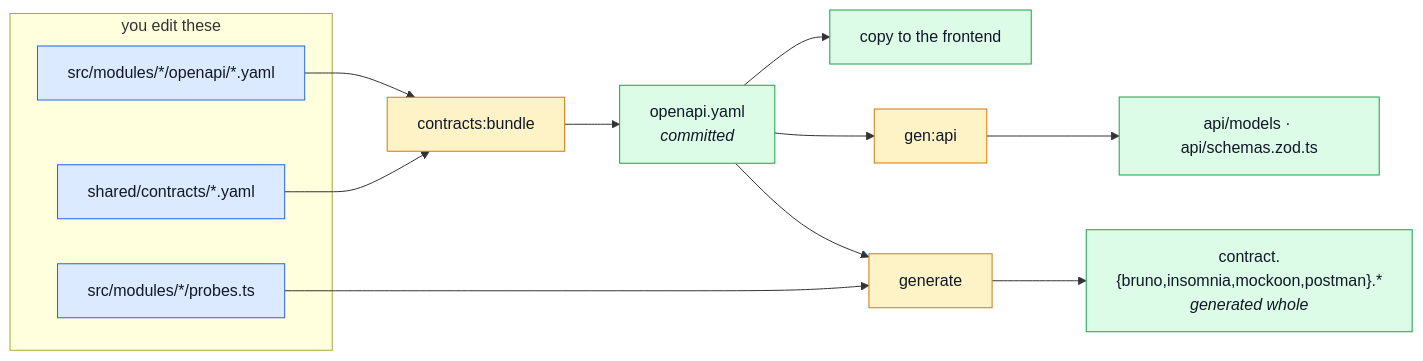
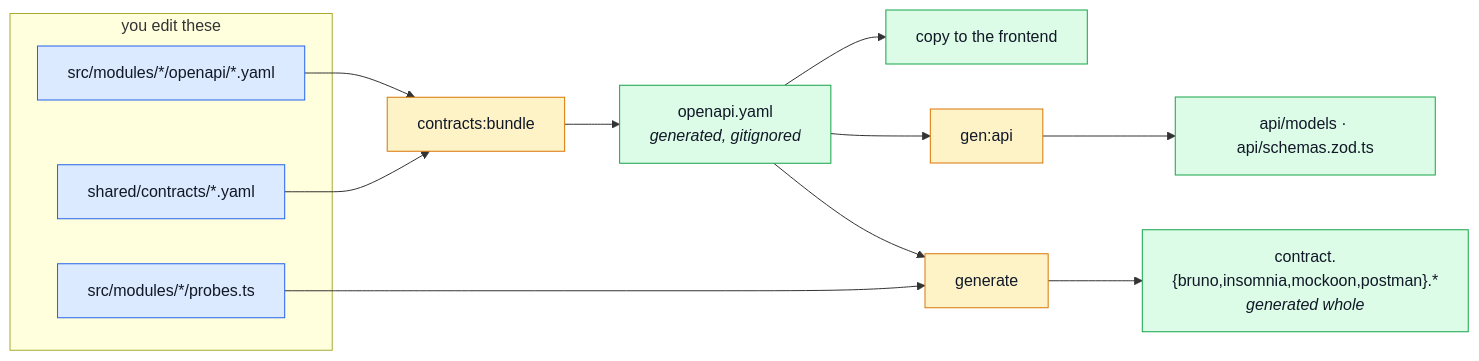
One commit to Guebbit/boilerplate-node-backend changed the diagram in docs/api/regenerating.md. Above: the diagram before and after it, drawn with Mermaid. The commit also changed other lines of this file and 233 other files, not shown here.

````diff
--- a/docs/api/regenerating.md
+++ b/docs/api/regenerating.md
@@ -37,27 +47,27 @@
 ```mermaid
 %%{init: {'flowchart': {'nodeSpacing': 45, 'rankSpacing': 55}}}%%
 flowchart LR
     subgraph AUTH["you edit these"]
         MF["src/modules/*/openapi/*.yaml"]
         SH["shared/contracts/*.yaml"]
         PR["src/modules/*/probes.ts"]
     end
 
     MF --> B[contracts:bundle]
     SH --> B
-    B --> ROOT["openapi.yaml<br/><i>committed</i>"]
+    B --> ROOT["openapi.yaml<br/><i>generated, gitignored</i>"]
 
     ROOT --> COL[generate]
     PR --> COL
     COL --> DEV["contract.{bruno,insomnia,mockoon,postman}.*<br/><i>generated whole</i>"]
 
     ROOT --> G[gen:api] --> API["api/models · api/schemas.zod.ts"]
     ROOT --> FE["copy to the frontend"]
 
     classDef auth fill:#dbeafe,stroke:#2563eb,color:#111827;
     classDef out fill:#dcfce7,stroke:#16a34a,color:#111827;
     classDef tool fill:#fef3c7,stroke:#d97706,color:#111827;
     class MF,SH,PR auth;
     class ROOT,DEV,API,DEVFRAG,FE out;
     class B,B2,COL,G tool;
 ```
````
